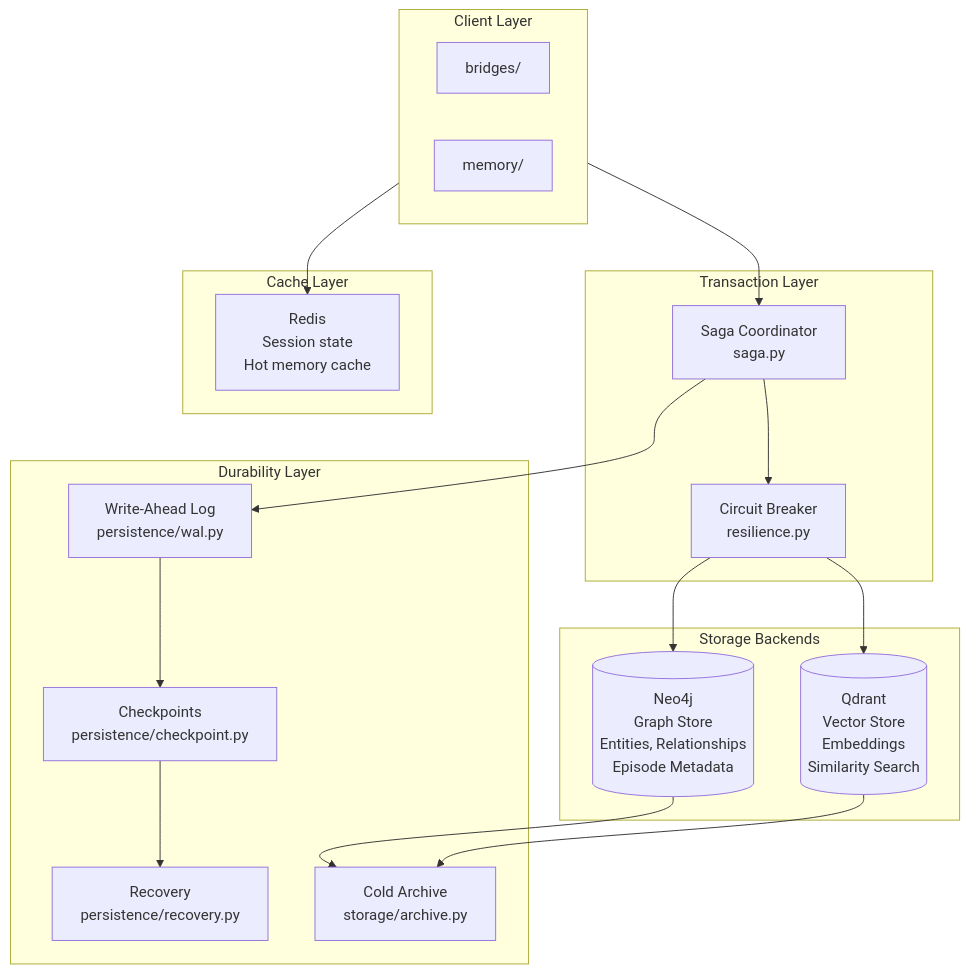
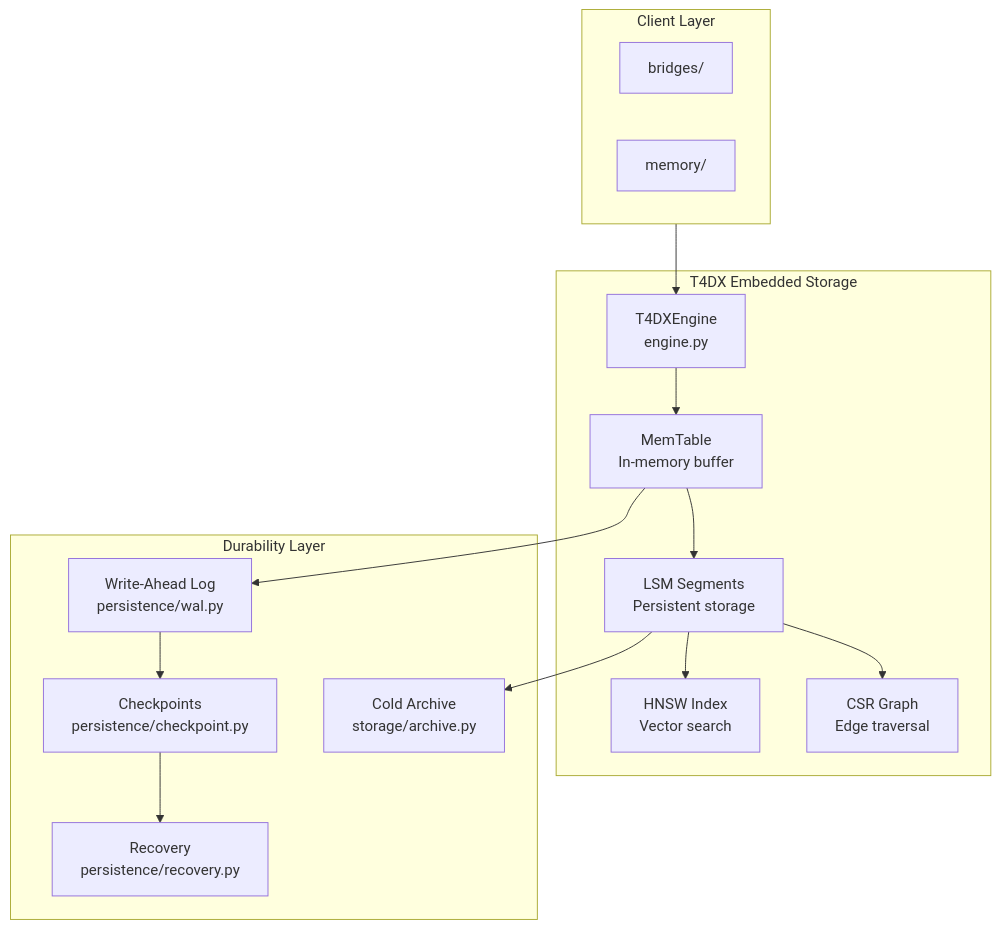
The sixth of 10 diagrams in docs/SYSTEM_ARCHITECTURE_MASTER.md (astoreyai/t4d), drawn with Mermaid before and after one commit. The commit also changed other lines of this file and 5 other files, not shown here.

First line of the commit message:
Update core docs: Remove Neo4j/Qdrant refs, add T4DX

````diff
--- a/docs/SYSTEM_ARCHITECTURE_MASTER.md
+++ b/docs/SYSTEM_ARCHITECTURE_MASTER.md
@@ -272,39 +267,32 @@
 ```mermaid
 flowchart TB
     subgraph Clients["Client Layer"]
         bridges[bridges/]
         memory[memory/]
     end
 
-    subgraph Transaction["Transaction Layer"]
-        saga[Saga Coordinator<br/>saga.py]
-        cb[Circuit Breaker<br/>resilience.py]
-    end
-
-    subgraph Stores["Storage Backends"]
-        neo4j[(Neo4j<br/>Graph Store<br/>Entities, Relationships<br/>Episode Metadata)]
-        qdrant[(Qdrant<br/>Vector Store<br/>Embeddings<br/>Similarity Search)]
+    subgraph T4DX["T4DX Embedded Storage"]
+        engine[T4DXEngine<br/>engine.py]
+        memtable[MemTable<br/>In-memory buffer]
+        segments[LSM Segments<br/>Persistent storage]
+        hnsw[HNSW Index<br/>Vector search]
+        csr[CSR Graph<br/>Edge traversal]
     end
 
     subgraph Durability["Durability Layer"]
         wal[Write-Ahead Log<br/>persistence/wal.py]
         checkpoint[Checkpoints<br/>persistence/checkpoint.py]
         recovery[Recovery<br/>persistence/recovery.py]
         archive[Cold Archive<br/>storage/archive.py]
     end
 
-    subgraph Cache["Cache Layer"]
-        redis[Redis<br/>Session state<br/>Hot memory cache]
-    end
-
-    Clients --> saga
-    saga --> cb
-    cb --> neo4j
-    cb --> qdrant
-    saga --> wal
+    Clients --> engine
+    engine --> memtable
+    memtable --> wal
+    memtable --> segments
+    segments --> hnsw
+    segments --> csr
     wal --> checkpoint
     checkpoint --> recovery
-    neo4j --> archive
-    qdrant --> archive
-    Clients --> redis
+    segments --> archive
 ```
````
